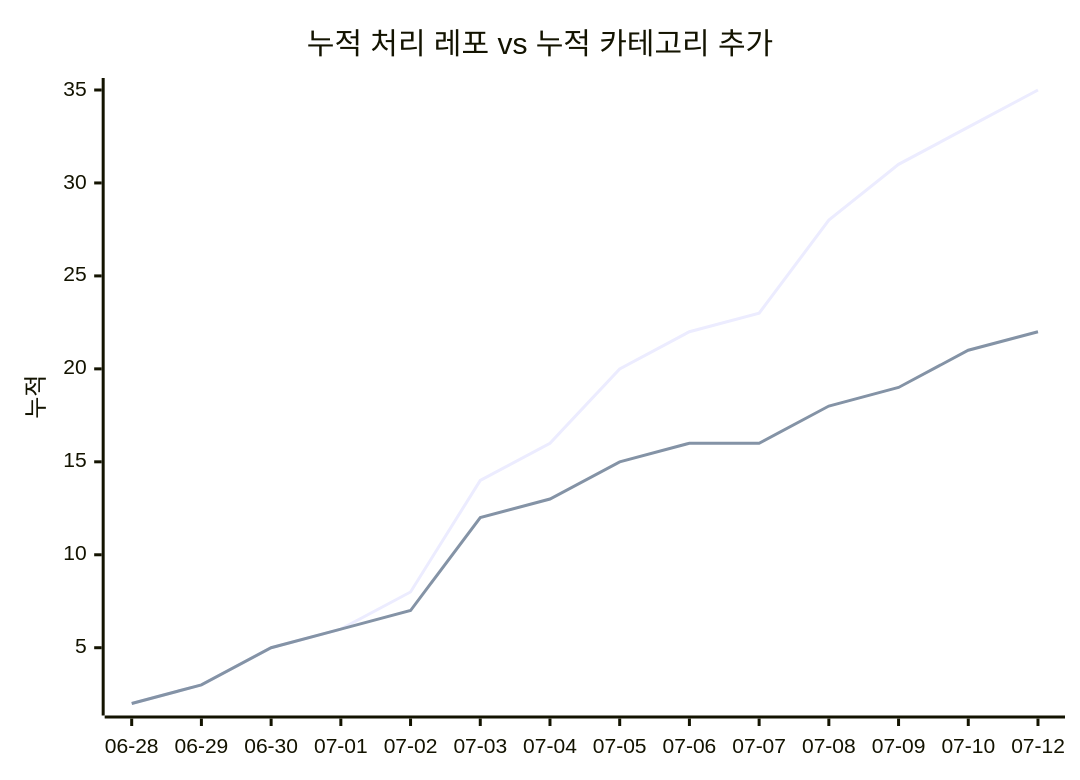
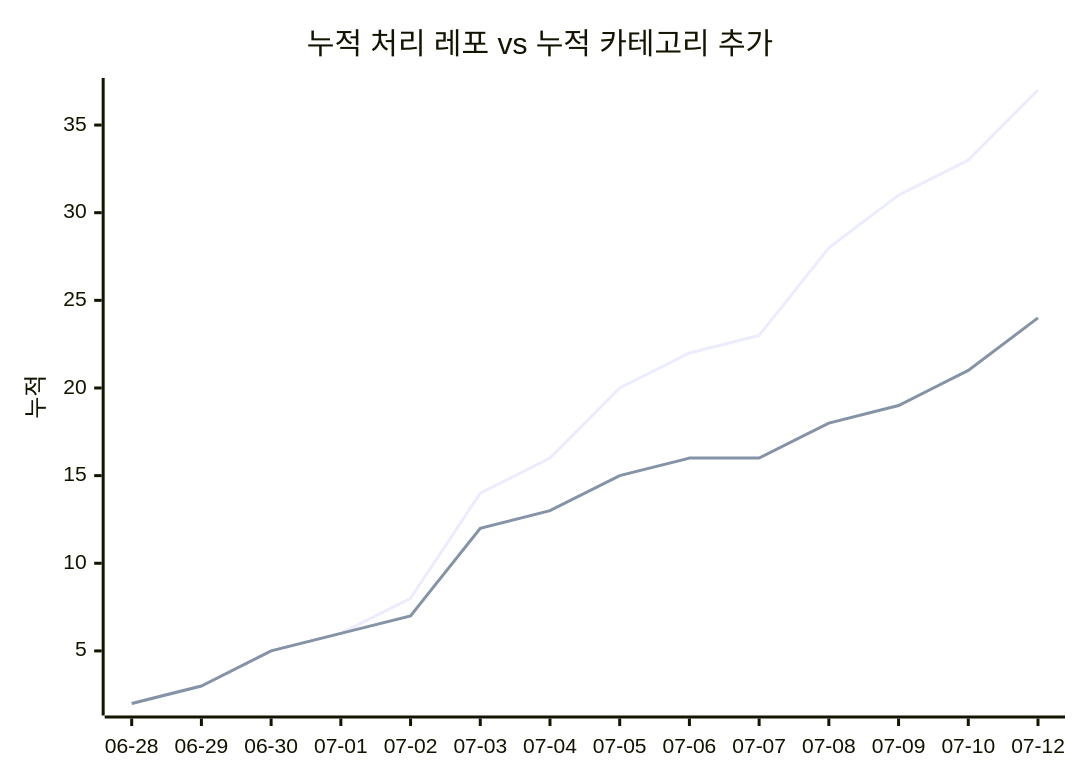
Before and after one commit to J-nowcow/awesome-korean-agent-skills: the second of 2 diagrams in docs/trends.md, drawn with Mermaid. The commit also changed other lines of this file and 5 other files, not shown here.

````diff
--- a/docs/trends.md
+++ b/docs/trends.md
@@ -68,8 +68,8 @@
 ```mermaid
 xychart-beta
     title "누적 처리 레포 vs 누적 카테고리 추가"
     x-axis ["06-28","06-29","06-30","07-01","07-02","07-03","07-04","07-05","07-06","07-07","07-08","07-09","07-10","07-12"]
     y-axis "누적"
-    line [2,3,5,6,8,14,16,20,22,23,28,31,33,35]
-    line [2,3,5,6,7,12,13,15,16,16,18,19,21,22]
+    line [2,3,5,6,8,14,16,20,22,23,28,31,33,37]
+    line [2,3,5,6,7,12,13,15,16,16,18,19,21,24]
 ```
````
